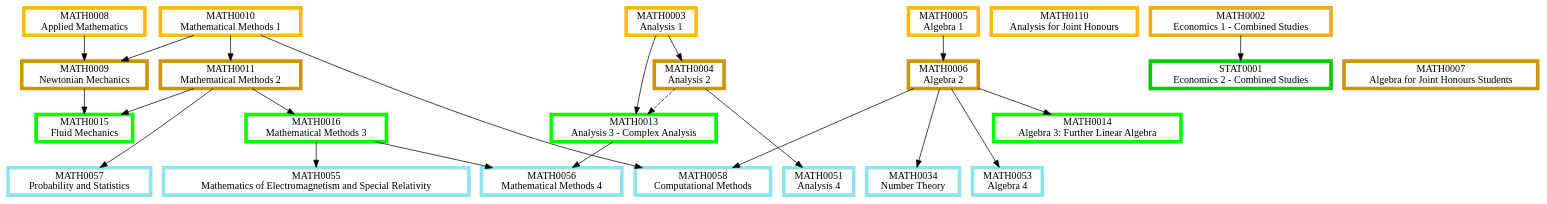
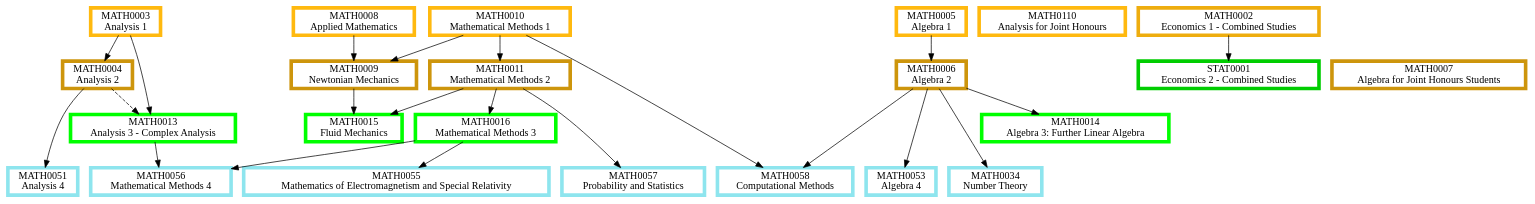
One commit to matthew-towers/pathways changed the diagram in First and Second Year.dot. Above: the diagram before and after it, drawn with Graphviz. The commit also changed other lines of this file and 11 other files, not shown here.

```diff
--- a/First and Second Year.dot
+++ b/First and Second Year.dot
@@ -1,88 +1,88 @@
 digraph {
 	node [fillcolor=white penwidth=5 shape=box style="filled,bold"]
 	subgraph "1.0 1" {
 		rank=same
+		MATH0003 [label="MATH0003
+Analysis 1" color=darkgoldenrod1 href="https://www.ucl.ac.uk/mathematical-physical-sciences/sites/mathematical_physical_sciences/files/math0003.pdf" tooltip="Year 1, term 1"]
 		MATH0010 [label="MATH0010
 Mathematical Methods 1" color=darkgoldenrod1 href="https://www.ucl.ac.uk/mathematical-physical-sciences/sites/mathematical_physical_sciences/files/math0010.pdf" tooltip="Year 1, term 1"]
+		MATH0110 [label="MATH0110
+Analysis for Joint Honours" color=darkgoldenrod1 href="https://www.ucl.ac.uk/mathematical-physical-sciences/sites/mathematical_physical_sciences/files/math0110_1.pdf" tooltip="Year 1, term 1"]
+		MATH0005 [label="MATH0005
+Algebra 1" color=darkgoldenrod1 href="https://www.ucl.ac.uk/mathematical-physical-sciences/sites/mathematical_physical_sciences/files/math0005.pdf" tooltip="Year 1, term 1"]
 		MATH0008 [label="MATH0008
 Applied Mathematics" color=darkgoldenrod1 href="https://www.ucl.ac.uk/mathematical-physical-sciences/sites/mathematical_physical_sciences/files/math0008.pdf" tooltip="Year 1, term 1"]
-		MATH0003 [label="MATH0003
-Analysis 1" color=darkgoldenrod1 href="https://www.ucl.ac.uk/mathematical-physical-sciences/sites/mathematical_physical_sciences/files/math0003.pdf" tooltip="Year 1, term 1"]
-		MATH0005 [label="MATH0005
-Algebra 1" color=darkgoldenrod1 href="https://www.ucl.ac.uk/mathematical-physical-sciences/sites/mathematical_physical_sciences/files/math0005.pdf" tooltip="Year 1, term 1"]
-		MATH0110 [label="MATH0110
-Analysis for Joint Honours" color=darkgoldenrod1 href="https://www.ucl.ac.uk/mathematical-physical-sciences/sites/mathematical_physical_sciences/files/math0110_1.pdf" tooltip="Year 1, term 1"]
 	}
 	subgraph "1.0 1.5" {
 		rank=same
 		MATH0002 [label="MATH0002
 Economics 1 - Combined Studies" color=darkgoldenrod2 href="https://www.ucl.ac.uk/mathematical-physical-sciences/sites/mathematical_physical_sciences/files/math0002.pdf" tooltip="Year 1, term 1 and 2"]
 	}
 	MATH0010 -> MATH0011 [tooltip="required prerequisite"]
+	MATH0005 -> MATH0006 [tooltip="required prerequisite"]
 	MATH0003 -> MATH0004 [tooltip="required prerequisite"]
-	MATH0005 -> MATH0006 [tooltip="required prerequisite"]
 	MATH0008 -> MATH0009 [tooltip="required prerequisite"]
 	MATH0010 -> MATH0009 [tooltip="required prerequisite"]
 	subgraph "1.0 2" {
 		rank=same
 		MATH0011 [label="MATH0011
 Mathematical Methods 2" color=darkgoldenrod3 href="https://www.ucl.ac.uk/mathematical-physical-sciences/sites/mathematical_physical_sciences/files/math0011_2.pdf" tooltip="Year 1, term 2"]
-		MATH0004 [label="MATH0004
-Analysis 2" color=darkgoldenrod3 href="https://www.ucl.ac.uk/mathematical-physical-sciences/sites/mathematical_physical_sciences/files/math0004.pdf" tooltip="Year 1, term 2"]
 		MATH0006 [label="MATH0006
 Algebra 2" color=darkgoldenrod3 href="https://www.ucl.ac.uk/mathematical-physical-sciences/sites/mathematical_physical_sciences/files/math0006.pdf" tooltip="Year 1, term 2"]
 		MATH0007 [label="MATH0007
 Algebra for Joint Honours Students" color=darkgoldenrod3 href="https://www.ucl.ac.uk/mathematical-physical-sciences/sites/mathematical_physical_sciences/files/math0007.pdf" tooltip="Year 1, term 2"]
+		MATH0004 [label="MATH0004
+Analysis 2" color=darkgoldenrod3 href="https://www.ucl.ac.uk/mathematical-physical-sciences/sites/mathematical_physical_sciences/files/math0004.pdf" tooltip="Year 1, term 2"]
 		MATH0009 [label="MATH0009
 Newtonian Mechanics" color=darkgoldenrod3 href="https://www.ucl.ac.uk/mathematical-physical-sciences/sites/mathematical_physical_sciences/files/math0009.pdf" tooltip="Year 1, term 2"]
 	}
+	MATH0003 -> MATH0013 [tooltip="required prerequisite"]
+	MATH0004 -> MATH0013 [style=dashed tooltip="recommended prerequisite"]
+	MATH0006 -> MATH0014 [tooltip="required prerequisite"]
+	MATH0011 -> MATH0016 [tooltip="required prerequisite"]
 	MATH0011 -> MATH0015 [tooltip="required prerequisite"]
 	MATH0009 -> MATH0015 [tooltip="required prerequisite"]
-	MATH0003 -> MATH0013 [tooltip="required prerequisite"]
-	MATH0004 -> MATH0013 [style=dashed tooltip="recommended prerequisite"]
-	MATH0011 -> MATH0016 [tooltip="required prerequisite"]
-	MATH0006 -> MATH0014 [tooltip="required prerequisite"]
 	subgraph "2.0 1" {
 		rank=same
+		MATH0013 [label="MATH0013
+Analysis 3 - Complex Analysis" color=green1 href="https://www.ucl.ac.uk/mathematical-physical-sciences/sites/mathematical_physical_sciences/files/math0013.pdf" tooltip="Year 2, term 1"]
+		MATH0014 [label="MATH0014
+Algebra 3: Further Linear Algebra" color=green1 href="https://www.ucl.ac.uk/mathematical-physical-sciences/sites/mathematical_physical_sciences/files/math0014.pdf" tooltip="Year 2, term 1"]
+		MATH0016 [label="MATH0016
+Mathematical Methods 3" color=green1 href="https://www.ucl.ac.uk/mathematical-physical-sciences/sites/mathematical_physical_sciences/files/math0016.pdf" tooltip="Year 2, term 1"]
 		MATH0015 [label="MATH0015
 Fluid Mechanics" color=green1 href="https://www.ucl.ac.uk/mathematical-physical-sciences/sites/mathematical_physical_sciences/files/math0015.pdf" tooltip="Year 2, term 1"]
-		MATH0013 [label="MATH0013
-Analysis 3 - Complex Analysis" color=green1 href="https://www.ucl.ac.uk/mathematical-physical-sciences/sites/mathematical_physical_sciences/files/math0013.pdf" tooltip="Year 2, term 1"]
-		MATH0016 [label="MATH0016
-Mathematical Methods 3" color=green1 href="https://www.ucl.ac.uk/mathematical-physical-sciences/sites/mathematical_physical_sciences/files/math0016.pdf" tooltip="Year 2, term 1"]
-		MATH0014 [label="MATH0014
-Algebra 3: Further Linear Algebra" color=green1 href="https://www.ucl.ac.uk/mathematical-physical-sciences/sites/mathematical_physical_sciences/files/math0014.pdf" tooltip="Year 2, term 1"]
 	}
 	MATH0002 -> STAT0001 [tooltip="required prerequisite"]
 	subgraph "2 1.5" {
 		rank=same
 		STAT0001 [label="STAT0001
 Economics 2 - Combined Studies" color=green3 href="https://www.ucl.ac.uk/mathematical-physical-sciences/sites/mathematical_physical_sciences/files/stat0001.pdf" tooltip="Year 2, term 1 and 2"]
 	}
+	MATH0004 -> MATH0051 [tooltip="required prerequisite"]
+	MATH0016 -> MATH0055 [tooltip="required prerequisite"]
 	MATH0006 -> MATH0053 [tooltip="required prerequisite"]
+	MATH0006 -> MATH0034 [tooltip="required prerequisite"]
 	MATH0013 -> MATH0056 [tooltip="required prerequisite"]
 	MATH0016 -> MATH0056 [tooltip="required prerequisite"]
-	MATH0011 -> MATH0057 [tooltip="required prerequisite"]
 	MATH0010 -> MATH0058 [tooltip="required prerequisite"]
 	MATH0006 -> MATH0058 [tooltip="required prerequisite"]
-	MATH0016 -> MATH0055 [tooltip="required prerequisite"]
-	MATH0006 -> MATH0034 [tooltip="required prerequisite"]
-	MATH0004 -> MATH0051 [tooltip="required prerequisite"]
+	MATH0011 -> MATH0057 [tooltip="required prerequisite"]
 	subgraph "2.5 2" {
 		rank=same
+		MATH0051 [label="MATH0051
+Analysis 4" color=cadetblue2 href="https://www.ucl.ac.uk/mathematical-physical-sciences/sites/mathematical_physical_sciences/files/math0051.pdf" tooltip="Year 2 or 3, term 2"]
+		MATH0055 [label="MATH0055
+Mathematics of Electromagnetism and Special Relativity" color=cadetblue2 href="https://www.ucl.ac.uk/mathematical-physical-sciences/sites/mathematical_physical_sciences/files/math0055_3.pdf" tooltip="Year 2 or 3, term 2"]
 		MATH0053 [label="MATH0053
 Algebra 4" color=cadetblue2 href="https://www.ucl.ac.uk/mathematical-physical-sciences/sites/mathematical_physical_sciences/files/math0053.pdf" tooltip="Year 2 or 3, term 2"]
+		MATH0034 [label="MATH0034
+Number Theory" color=cadetblue2 href="https://www.ucl.ac.uk/mathematical-physical-sciences/sites/mathematical_physical_sciences/files/math0034.pdf" tooltip="Year 2 or 3, term 2"]
 		MATH0056 [label="MATH0056
 Mathematical Methods 4" color=cadetblue2 href="https://www.ucl.ac.uk/mathematical-physical-sciences/sites/mathematical_physical_sciences/files/math0056.pdf" tooltip="Year 2 or 3, term 2"]
+		MATH0058 [label="MATH0058
+Computational Methods" color=cadetblue2 href="https://www.ucl.ac.uk/mathematical-physical-sciences/sites/mathematical_physical_sciences/files/math0058.pdf" tooltip="Year 2 or 3, term 2"]
 		MATH0057 [label="MATH0057
 Probability and Statistics" color=cadetblue2 href="https://www.ucl.ac.uk/mathematical-physical-sciences/sites/mathematical_physical_sciences/files/math0057.pdf" tooltip="Year 2 or 3, term 2"]
-		MATH0058 [label="MATH0058
-Computational Methods" color=cadetblue2 href="https://www.ucl.ac.uk/mathematical-physical-sciences/sites/mathematical_physical_sciences/files/math0058.pdf" tooltip="Year 2 or 3, term 2"]
-		MATH0055 [label="MATH0055
-Mathematics of Electromagnetism and Special Relativity" color=cadetblue2 href="https://www.ucl.ac.uk/mathematical-physical-sciences/sites/mathematical_physical_sciences/files/math0055_3.pdf" tooltip="Year 2 or 3, term 2"]
-		MATH0034 [label="MATH0034
-Number Theory" color=cadetblue2 href="https://www.ucl.ac.uk/mathematical-physical-sciences/sites/mathematical_physical_sciences/files/math0034.pdf" tooltip="Year 2 or 3, term 2"]
-		MATH0051 [label="MATH0051
-Analysis 4" color=cadetblue2 href="https://www.ucl.ac.uk/mathematical-physical-sciences/sites/mathematical_physical_sciences/files/math0051.pdf" tooltip="Year 2 or 3, term 2"]
 	}
 }
```
